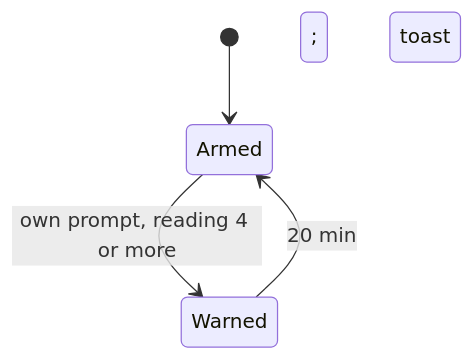
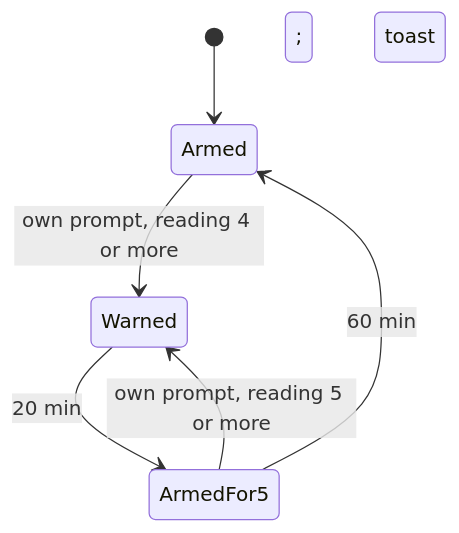
One commit to drakulavich/cogload changed the diagram in docs/superpowers/specs/2026-11-24-cogload-active-sessions-warning-design.md. Above: the diagram before and after it, drawn with Mermaid. The commit also changed other lines of this file, not shown here.

````diff
--- a/docs/superpowers/specs/2026-11-24-cogload-active-sessions-warning-design.md
+++ b/docs/superpowers/specs/2026-11-24-cogload-active-sessions-warning-design.md
@@ -96,6 +101,8 @@
 ```mermaid
 stateDiagram-v2
     [*] --> Armed
     Armed --> Warned: own prompt, reading 4 or more; toast
-    Warned --> Armed: 20 min
+    Warned --> ArmedFor5: 20 min
+    ArmedFor5 --> Warned: own prompt, reading 5 or more; toast
+    ArmedFor5 --> Armed: 60 min
 ```
````
